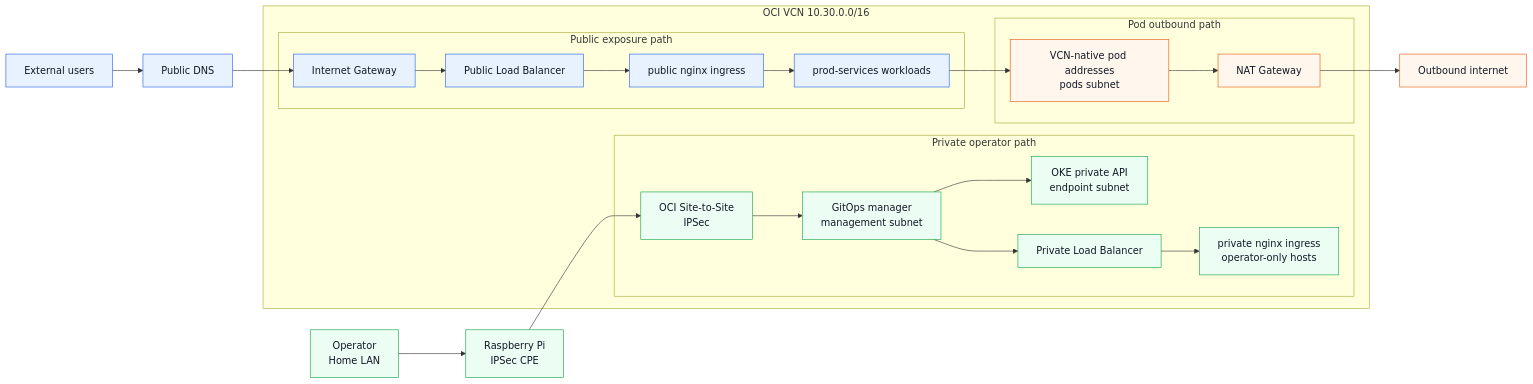
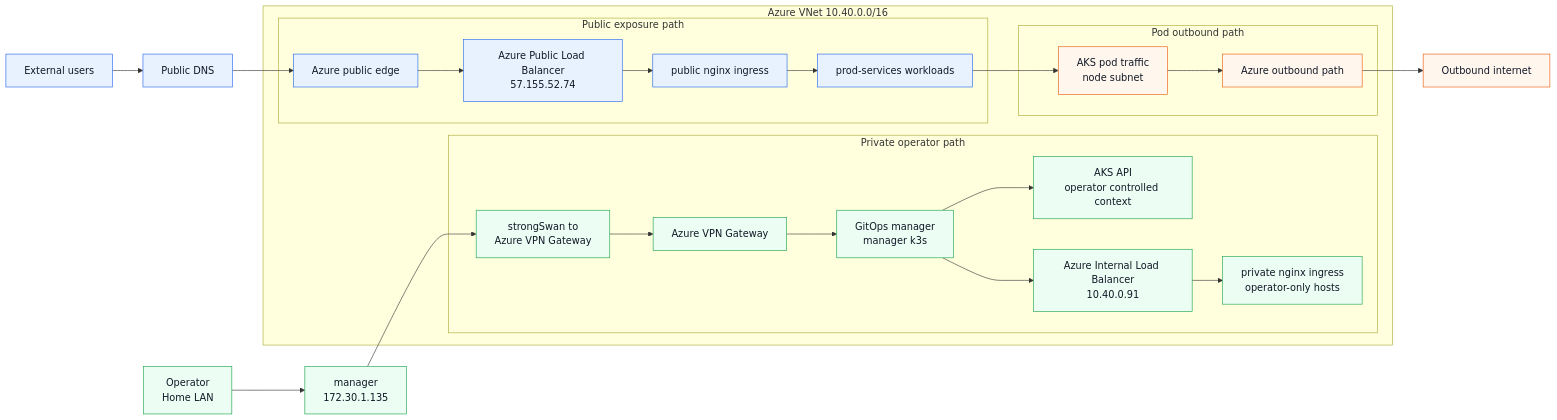
One commit to mint-cocoa/mintcocoa-docs changed the diagram in portfolio/docs/devops/production-infrastructure-architecture.md. Above: the diagram before and after it, drawn with Mermaid. The commit also changed other lines of this file and 19 other files, not shown here.

Commit message:
Update docs for Azure AKS production

````diff
--- a/portfolio/docs/devops/production-infrastructure-architecture.md
+++ b/portfolio/docs/devops/production-infrastructure-architecture.md
@@ -52,37 +49,38 @@
 ```{mermaid}
 flowchart LR
   publicUsers["External users"] --> publicDns["Public DNS"]
-  publicDns --> igw["Internet Gateway"]
+  publicDns --> edge["Azure public edge"]
 
-  operator["Operator<br/>Home LAN"] --> cpe["Raspberry Pi<br/>IPSec CPE"]
-  cpe --> ipsec["OCI Site-to-Site<br/>IPSec"]
+  operator["Operator<br/>Home LAN"] --> managerHost["manager<br/>172.30.1.135"]
+  managerHost --> ipsec["strongSwan to<br/>Azure VPN Gateway"]
 
-  subgraph vcn["OCI VCN 10.30.0.0/16"]
+  subgraph vnet["Azure VNet 10.40.0.0/16"]
     subgraph publicPath["Public exposure path"]
-      igw --> publicLb["Public Load Balancer"]
+      edge --> publicLb["Azure Public Load Balancer<br/>57.155.52.74"]
       publicLb --> publicIngress["public nginx ingress"]
       publicIngress --> services["prod-services workloads"]
     end
 
     subgraph privatePath["Private operator path"]
-      ipsec --> manager["GitOps manager<br/>management subnet"]
-      manager --> privateApi["OKE private API<br/>endpoint subnet"]
-      manager --> privateLb["Private Load Balancer"]
+      ipsec --> gateway["Azure VPN Gateway"]
+      gateway --> manager["GitOps manager<br/>manager k3s"]
+      manager --> privateApi["AKS API<br/>operator controlled context"]
+      manager --> privateLb["Azure Internal Load Balancer<br/>10.40.0.91"]
       privateLb --> privateIngress["private nginx ingress<br/>operator-only hosts"]
     end
 
     subgraph outboundPath["Pod outbound path"]
-      services --> pods["VCN-native pod addresses<br/>pods subnet"]
-      pods --> nat["NAT Gateway"]
+      services --> pods["AKS pod traffic<br/>node subnet"]
+      pods --> nat["Azure outbound path"]
     end
   end
 
   nat --> internetOut["Outbound internet"]
 
   classDef public fill:#e8f2ff,stroke:#2563eb,color:#111827
   classDef private fill:#ecfdf3,stroke:#16a34a,color:#111827
   classDef outbound fill:#fff7ed,stroke:#ea580c,color:#111827
-  class publicUsers,publicDns,igw,publicLb,publicIngress,services public
-  class operator,cpe,ipsec,manager,privateApi,privateLb,privateIngress private
+  class publicUsers,publicDns,edge,publicLb,publicIngress,services public
+  class operator,managerHost,ipsec,gateway,manager,privateApi,privateLb,privateIngress private
   class pods,nat,internetOut outbound
 ```
````
